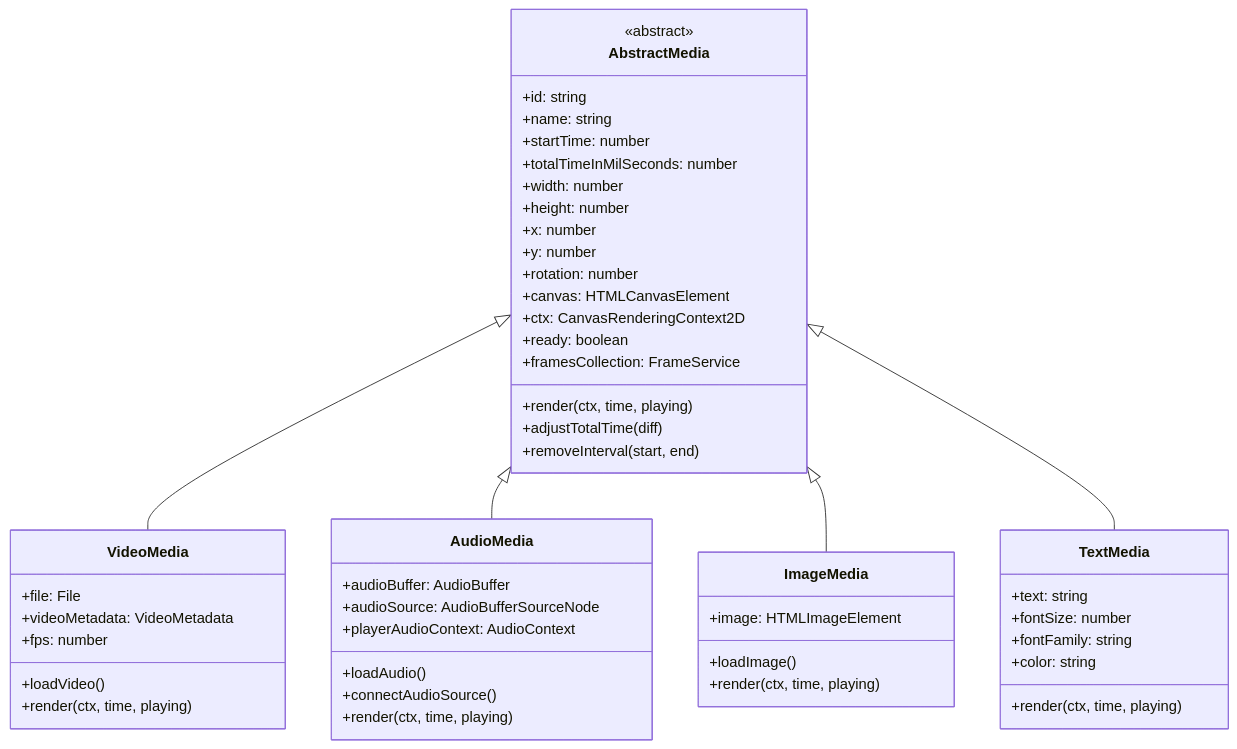
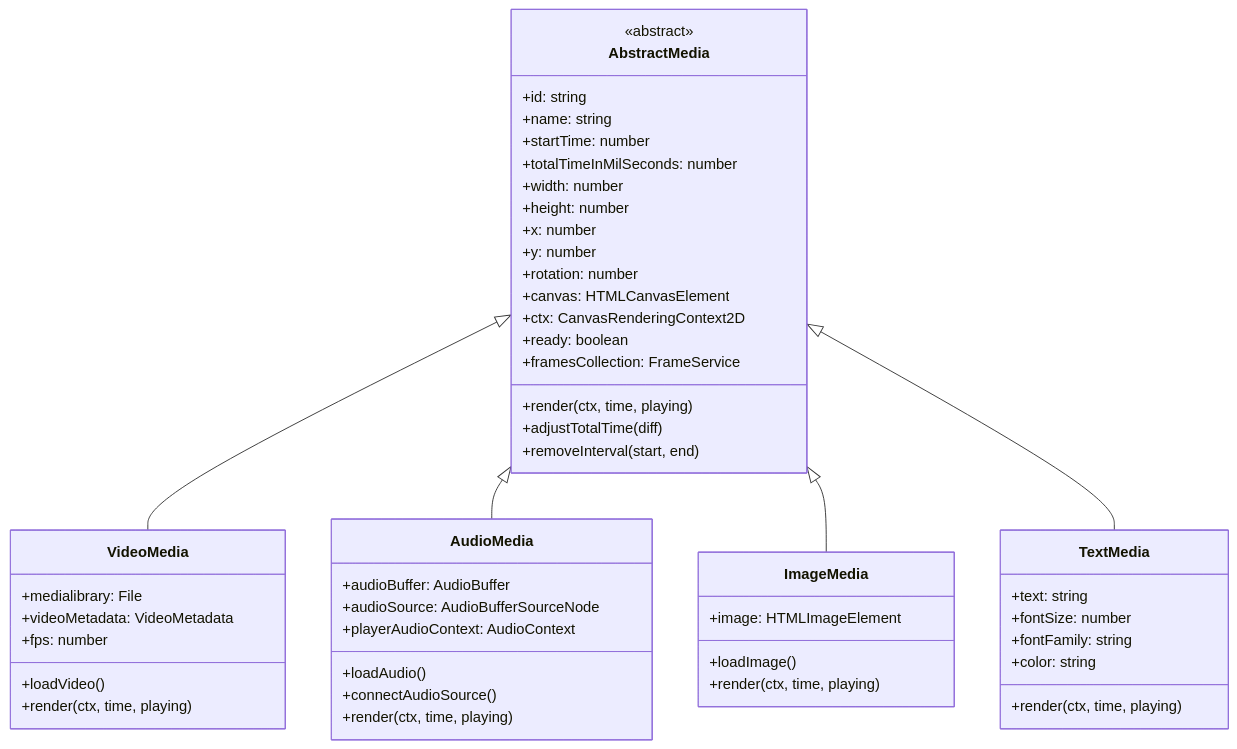
One commit to apssouza22/web-video-edit changed the second of 15 diagrams in docs/architecture/05-timeline-layers.md. Above: the diagram before and after it, drawn with Mermaid. The commit also changed 17 other files, not shown here.

````diff
--- a/docs/architecture/05-timeline-layers.md
+++ b/docs/architecture/05-timeline-layers.md
@@ -103,58 +103,58 @@
 ```mermaid
 classDiagram
     class AbstractMedia {
         <<abstract>>
         +id: string
         +name: string
         +startTime: number
         +totalTimeInMilSeconds: number
         +width: number
         +height: number
         +x: number
         +y: number
         +rotation: number
         +canvas: HTMLCanvasElement
         +ctx: CanvasRenderingContext2D
         +ready: boolean
         +framesCollection: FrameService
         +render(ctx, time, playing)
         +adjustTotalTime(diff)
         +removeInterval(start, end)
     }
     
     class VideoMedia {
-        +file: File
+        +medialibrary: File
         +videoMetadata: VideoMetadata
         +fps: number
         +loadVideo()
         +render(ctx, time, playing)
     }
     
     class AudioMedia {
         +audioBuffer: AudioBuffer
         +audioSource: AudioBufferSourceNode
         +playerAudioContext: AudioContext
         +loadAudio()
         +connectAudioSource()
         +render(ctx, time, playing)
     }
     
     class ImageMedia {
         +image: HTMLImageElement
         +loadImage()
         +render(ctx, time, playing)
     }
     
     class TextMedia {
         +text: string
         +fontSize: number
         +fontFamily: string
         +color: string
         +render(ctx, time, playing)
     }
     
     AbstractMedia <|-- VideoMedia
     AbstractMedia <|-- AudioMedia
     AbstractMedia <|-- ImageMedia
     AbstractMedia <|-- TextMedia
 ```
````
